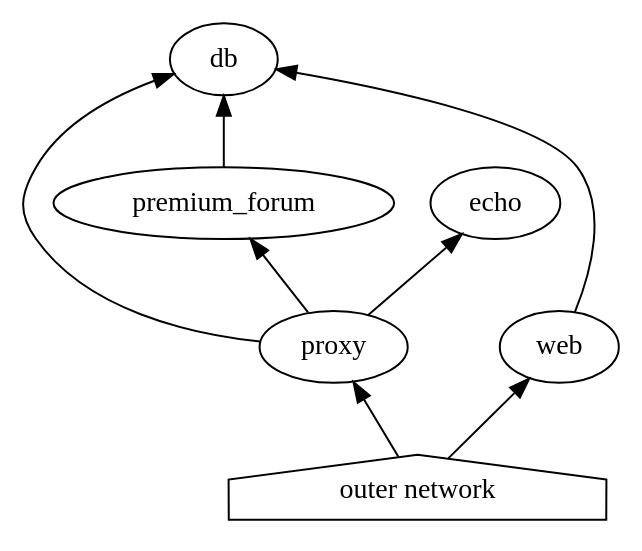
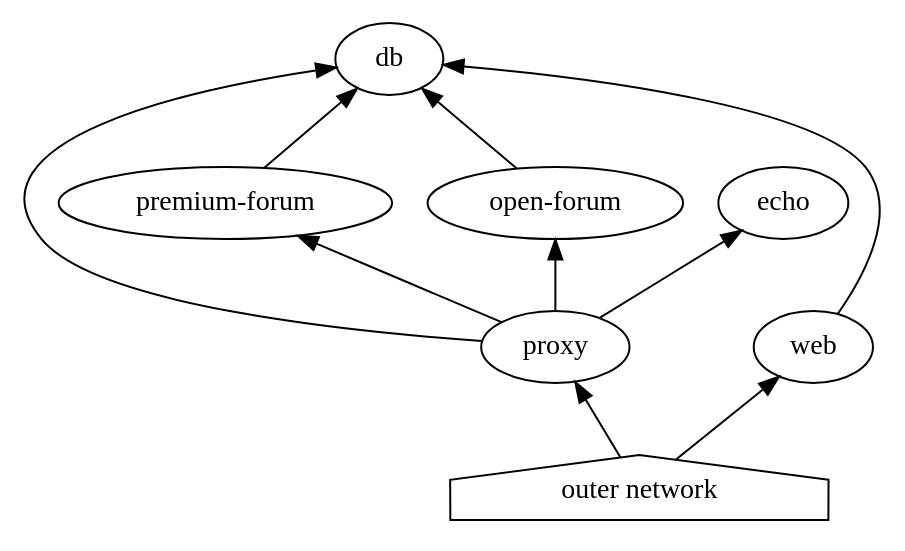
Before and after one commit to enowars/enowars8-service-onlyflags: the diagram in assets/topology.dot, drawn with Graphviz. The commit also changed 1 other file, not shown here.

```diff
--- a/assets/topology.dot
+++ b/assets/topology.dot
@@ -1,13 +1,15 @@
 digraph G {
   dir=forward;
   node[shape=ellipse];
   edge[dir=back]
   "outer network"[shape=house];
   proxy -> "outer network";
   web ->  "outer network";
   db -> proxy;
   db -> web;
-  premium_forum -> proxy;
-  db -> premium_forum;
+  "premium-forum" -> proxy;
+  db -> "premium-forum";
+  "open-forum" -> proxy;
+  db -> "open-forum";
   "echo" -> proxy;
 }
```
